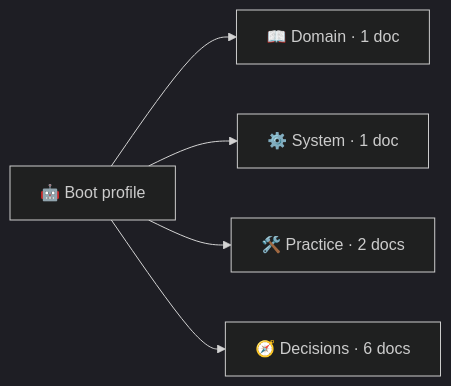
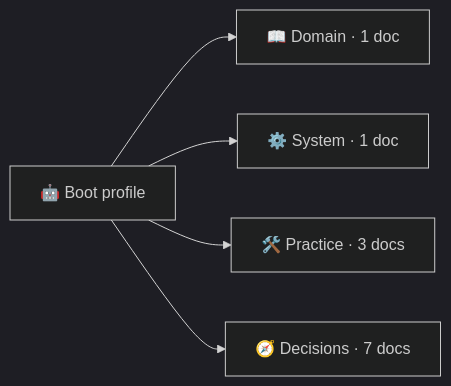
Before and after one commit to leji-org/leji: the diagram in docs/overview.md, drawn with Mermaid (dark theme). The commit also changed 1157 other files, not shown here.

````diff
--- a/docs/overview.md
+++ b/docs/overview.md
@@ -11,12 +11,12 @@
 ```mermaid
 flowchart LR
   boot["🤖 Boot profile"]
   cat_domain["📖 Domain · 1 doc"]
   boot --> cat_domain
   cat_system["⚙️ System · 1 doc"]
   boot --> cat_system
-  cat_practice["🛠️ Practice · 2 docs"]
+  cat_practice["🛠️ Practice · 3 docs"]
   boot --> cat_practice
-  cat_decisions["🧭 Decisions · 6 docs"]
+  cat_decisions["🧭 Decisions · 7 docs"]
   boot --> cat_decisions
 ```
````
